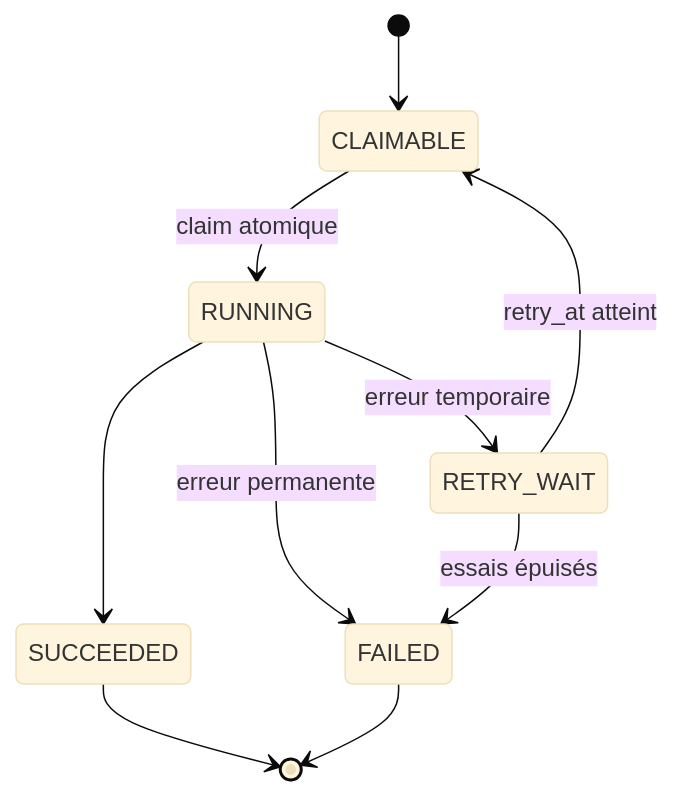
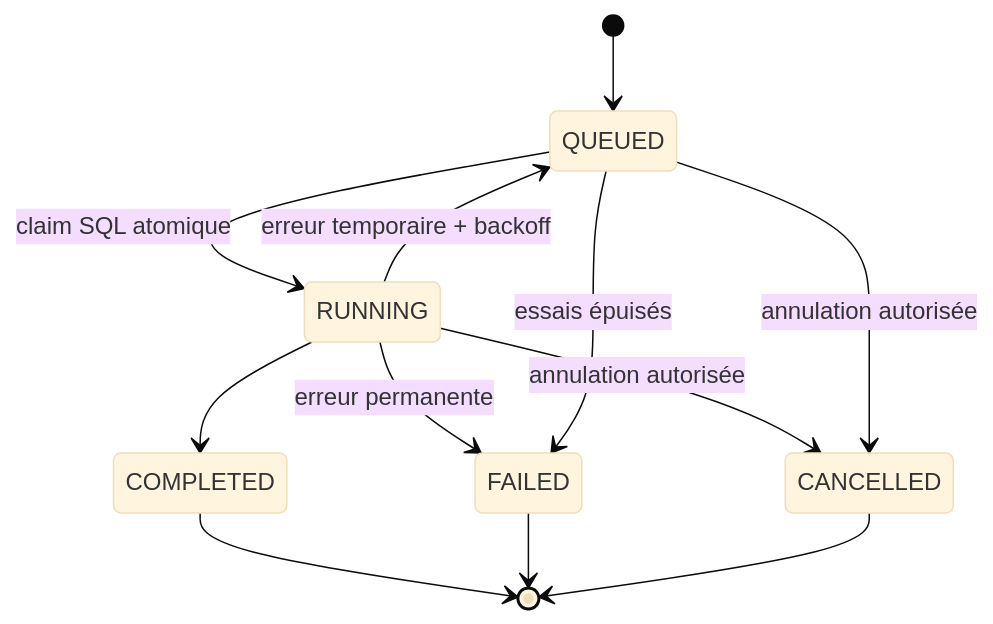
The fourth of 5 diagrams in docs/state-machines-v2.md (ThomasPerez91/World-of-Seeds), drawn with Mermaid (base theme) before and after one commit. The commit also changed other lines of this file and 5 other files, not shown here.

Commit message:
docs: préparer l’architecture et la roadmap V2

````diff
--- a/docs/state-machines-v2.md
+++ b/docs/state-machines-v2.md
@@ -86,12 +86,14 @@
 ```mermaid
 stateDiagram-v2
-    [*] --> CLAIMABLE
-    CLAIMABLE --> RUNNING: claim atomique
-    RUNNING --> SUCCEEDED
-    RUNNING --> RETRY_WAIT: erreur temporaire
-    RETRY_WAIT --> CLAIMABLE: retry_at atteint
+    [*] --> QUEUED
+    QUEUED --> RUNNING: claim SQL atomique
+    RUNNING --> COMPLETED
+    RUNNING --> QUEUED: erreur temporaire + backoff
     RUNNING --> FAILED: erreur permanente
-    RETRY_WAIT --> FAILED: essais épuisés
-    SUCCEEDED --> [*]
+    RUNNING --> CANCELLED: annulation autorisée
+    QUEUED --> CANCELLED: annulation autorisée
+    QUEUED --> FAILED: essais épuisés
+    COMPLETED --> [*]
     FAILED --> [*]
+    CANCELLED --> [*]
 ```
````
